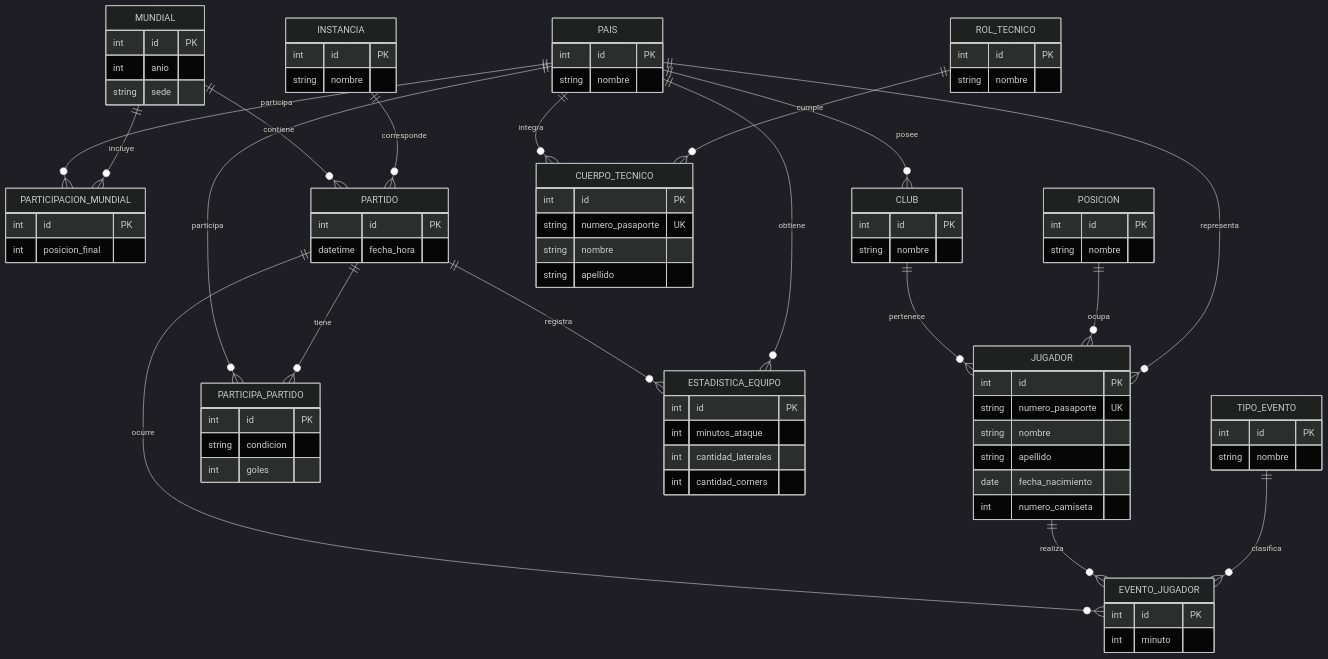
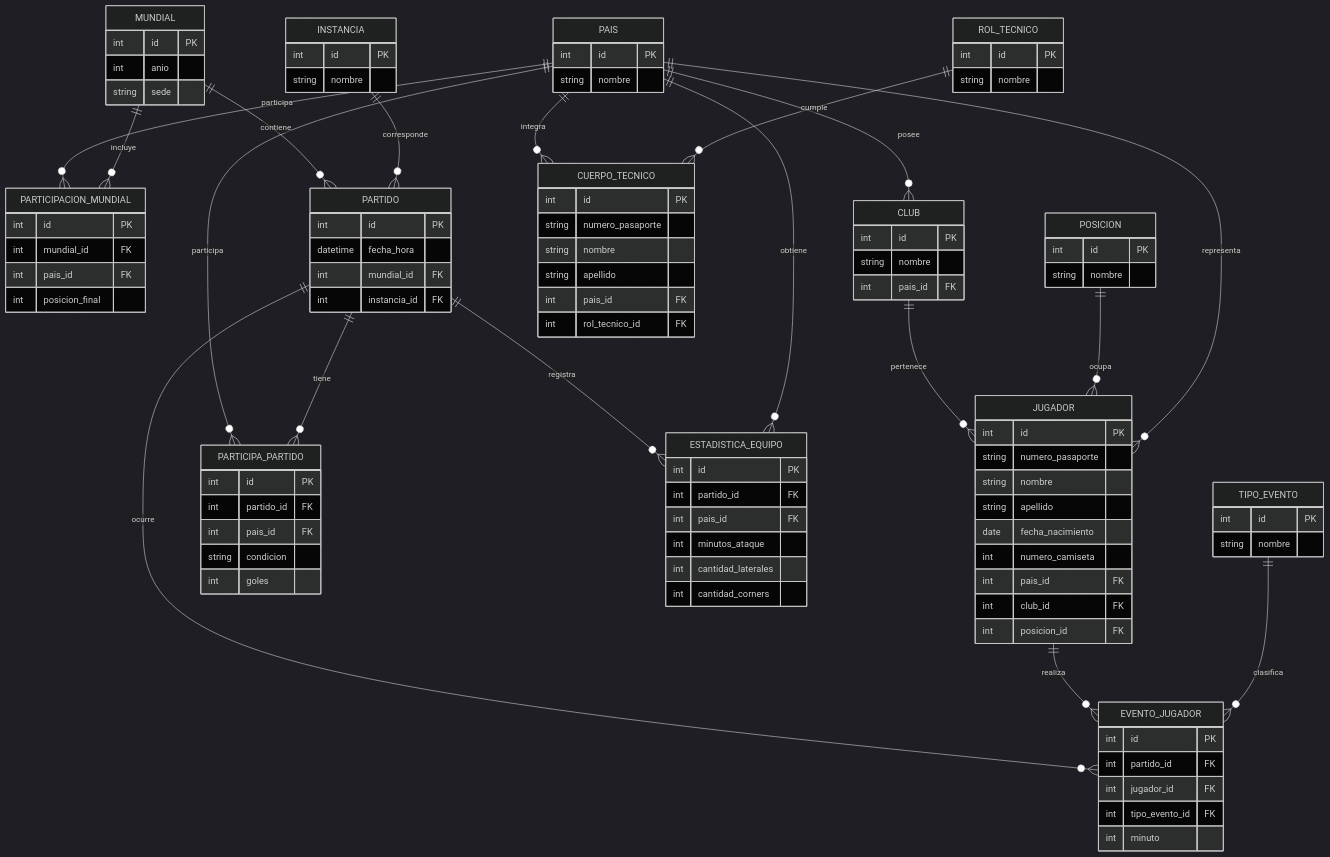
Before and after one commit to Villada-PG3/trabajo-practico-integrador-organizacion_mundial_de_futbol: the diagram in MUNDIALFUTBOL.mmd, drawn with Mermaid (dark theme).

Commit message:
Cambios en las claves foraneas y primarias

```diff
--- a/MUNDIALFUTBOL.mmd
+++ b/MUNDIALFUTBOL.mmd
@@ -1,117 +1,144 @@
 erDiagram
 
     MUNDIAL {
         int id PK
         int anio
         string sede
     }
 
     PAIS {
         int id PK
         string nombre
     }
 
     PARTICIPACION_MUNDIAL {
         int id PK
+        int mundial_id FK
+        int pais_id FK
         int posicion_final
     }
 
     CLUB {
         int id PK
         string nombre
+        int pais_id FK
     }
 
     POSICION {
         int id PK
         string nombre
     }
 
     JUGADOR {
         int id PK
-        string numero_pasaporte UK
+        string numero_pasaporte
         string nombre
         string apellido
         date fecha_nacimiento
         int numero_camiseta
+
+        int pais_id FK
+        int club_id FK
+        int posicion_id FK
     }
 
     ROL_TECNICO {
         int id PK
         string nombre
     }
 
     CUERPO_TECNICO {
         int id PK
-        string numero_pasaporte UK
+        string numero_pasaporte
         string nombre
         string apellido
+
+        int pais_id FK
+        int rol_tecnico_id FK
     }
 
     INSTANCIA {
         int id PK
         string nombre
     }
 
     PARTIDO {
         int id PK
         datetime fecha_hora
+
+        int mundial_id FK
+        int instancia_id FK
     }
 
     PARTICIPA_PARTIDO {
         int id PK
+
+        int partido_id FK
+        int pais_id FK
+
         string condicion
         int goles
     }
 
     ESTADISTICA_EQUIPO {
         int id PK
+
+        int partido_id FK
+        int pais_id FK
+
         int minutos_ataque
         int cantidad_laterales
         int cantidad_corners
     }
 
     TIPO_EVENTO {
         int id PK
         string nombre
     }
 
     EVENTO_JUGADOR {
         int id PK
+
+        int partido_id FK
+        int jugador_id FK
+        int tipo_evento_id FK
+
         int minuto
     }
 
-
-    %% ========= RELACIONES =========
+    %% ===========================
+    %% RELACIONES
+    %% ===========================
 
     PAIS ||--o{ PARTICIPACION_MUNDIAL : participa
     MUNDIAL ||--o{ PARTICIPACION_MUNDIAL : incluye
 
     PAIS ||--o{ CLUB : posee
 
     CLUB ||--o{ JUGADOR : pertenece
 
     POSICION ||--o{ JUGADOR : ocupa
 
     PAIS ||--o{ JUGADOR : representa
 
     PAIS ||--o{ CUERPO_TECNICO : integra
 
     ROL_TECNICO ||--o{ CUERPO_TECNICO : cumple
 
     MUNDIAL ||--o{ PARTIDO : contiene
 
     INSTANCIA ||--o{ PARTIDO : corresponde
 
     PAIS ||--o{ PARTICIPA_PARTIDO : participa
 
     PARTIDO ||--o{ PARTICIPA_PARTIDO : tiene
 
     PARTIDO ||--o{ ESTADISTICA_EQUIPO : registra
 
     PAIS ||--o{ ESTADISTICA_EQUIPO : obtiene
 
     PARTIDO ||--o{ EVENTO_JUGADOR : ocurre
 
     JUGADOR ||--o{ EVENTO_JUGADOR : realiza
 
     TIPO_EVENTO ||--o{ EVENTO_JUGADOR : clasifica
```
